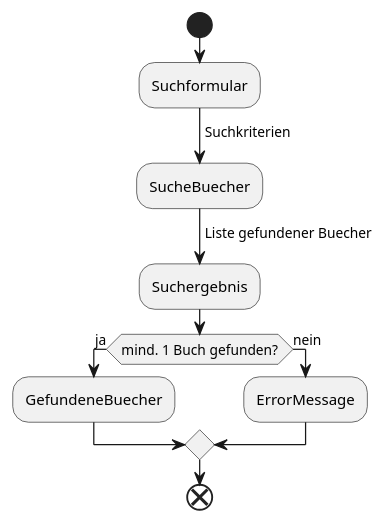
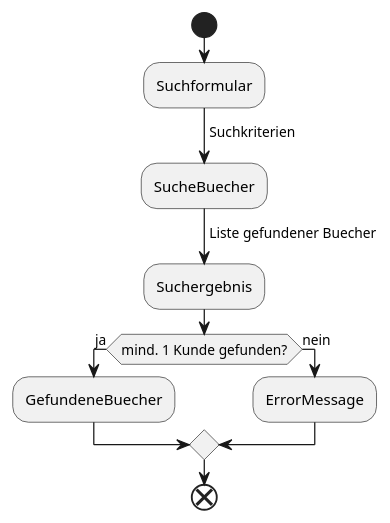
Before and after one commit to DSchwemmle/kundeweb: the diagram in extras/doc/datenfluss.SucheBuecher.activity.plantuml, drawn with PlantUML. The commit also changed 15 other files, not shown here.

```diff
--- a/extras/doc/datenfluss.SucheBuecher.activity.plantuml
+++ b/extras/doc/datenfluss.SucheBuecher.activity.plantuml
@@ -20,19 +20,19 @@
 @startuml Datenfluss
 
 start
 
 :Suchformular;
 -> Suchkriterien;
 :SucheBuecher;
 -> Liste gefundener Buecher;
 :Suchergebnis;
 
-if (mind. 1 Buch gefunden?) then (ja)
+if (mind. 1 Kunde gefunden?) then (ja)
   :GefundeneBuecher;
 else (nein)
   :ErrorMessage;
 endif
 
 end
 
 @enduml
```
